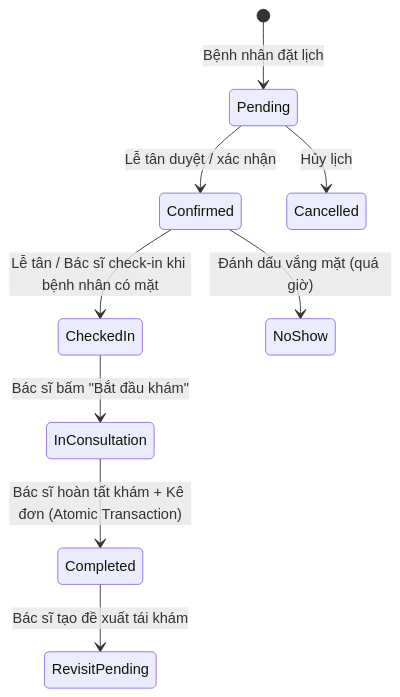
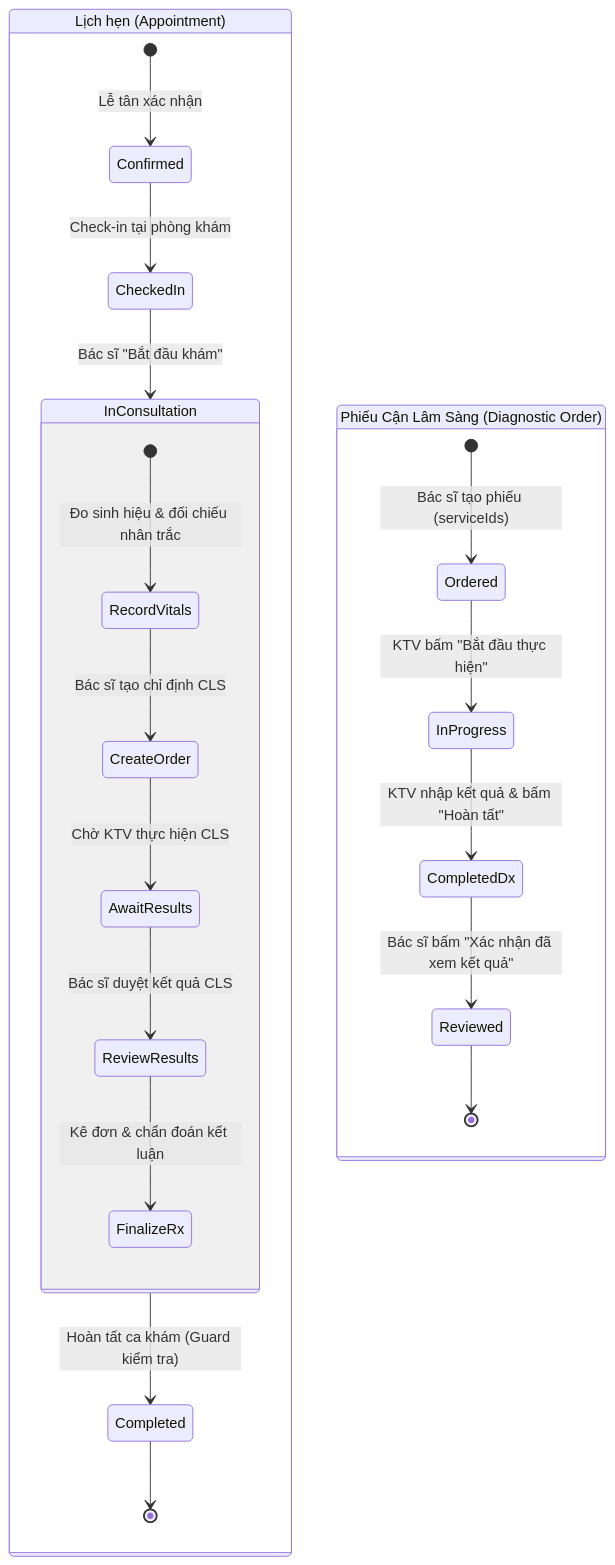
One commit to Thanhvu06/clinic-management-ai changed the diagram in docs/DOCTOR_CLINICAL_WORKSPACE.md. Above: the diagram before and after it, drawn with Mermaid. The commit also changed other lines of this file and 60 other files, not shown here.

Commit message:
feat(clinical): implement diagnostic order workflow and longitudinal vitals with completion guards

````diff
--- a/docs/DOCTOR_CLINICAL_WORKSPACE.md
+++ b/docs/DOCTOR_CLINICAL_WORKSPACE.md
@@ -36,11 +28,29 @@
 ```mermaid
 stateDiagram-v2
-    [*] --> Pending : Bệnh nhân đặt lịch
-    Pending --> Confirmed : Lễ tân duyệt / xác nhận
-    Pending --> Cancelled : Hủy lịch
-    Confirmed --> CheckedIn : Lễ tân / Bác sĩ check-in khi bệnh nhân có mặt
-    Confirmed --> NoShow : Đánh dấu vắng mặt (quá giờ)
-    CheckedIn --> InConsultation : Bác sĩ bấm "Bắt đầu khám"
-    InConsultation --> Completed : Bác sĩ hoàn tất khám + Kê đơn (Atomic Transaction)
-    Completed --> RevisitPending : Bác sĩ tạo đề xuất tái khám
+    direction TB
+
+    state "Lịch hẹn (Appointment)" as Appt {
+        [*] --> Confirmed : Lễ tân xác nhận
+        Confirmed --> CheckedIn : Check-in tại phòng khám
+        CheckedIn --> InConsultation : Bác sĩ "Bắt đầu khám"
+        
+        state InConsultation {
+            [*] --> RecordVitals : Đo sinh hiệu & đối chiếu nhân trắc
+            RecordVitals --> CreateOrder : Bác sĩ tạo chỉ định CLS
+            CreateOrder --> AwaitResults : Chờ KTV thực hiện CLS
+            AwaitResults --> ReviewResults : Bác sĩ duyệt kết quả CLS
+            ReviewResults --> FinalizeRx : Kê đơn & chẩn đoán kết luận
+        }
+
+        InConsultation --> Completed : Hoàn tất ca khám (Guard kiểm tra)
+        Completed --> [*]
+    }
+
+    state "Phiếu Cận Lâm Sàng (Diagnostic Order)" as Dx {
+        [*] --> Ordered : Bác sĩ tạo phiếu (serviceIds)
+        Ordered --> InProgress : KTV bấm "Bắt đầu thực hiện"
+        InProgress --> CompletedDx : KTV nhập kết quả & bấm "Hoàn tất"
+        CompletedDx --> Reviewed : Bác sĩ bấm "Xác nhận đã xem kết quả"
+        Reviewed --> [*]
+    }
 ```
````
